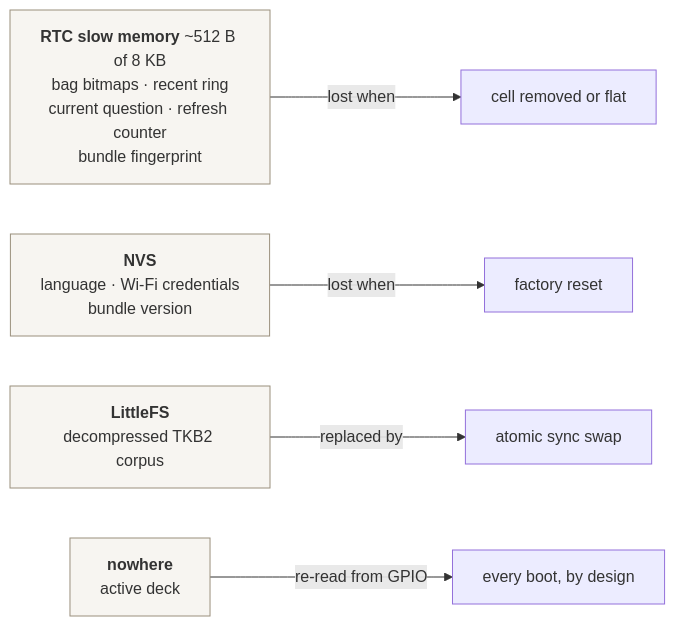
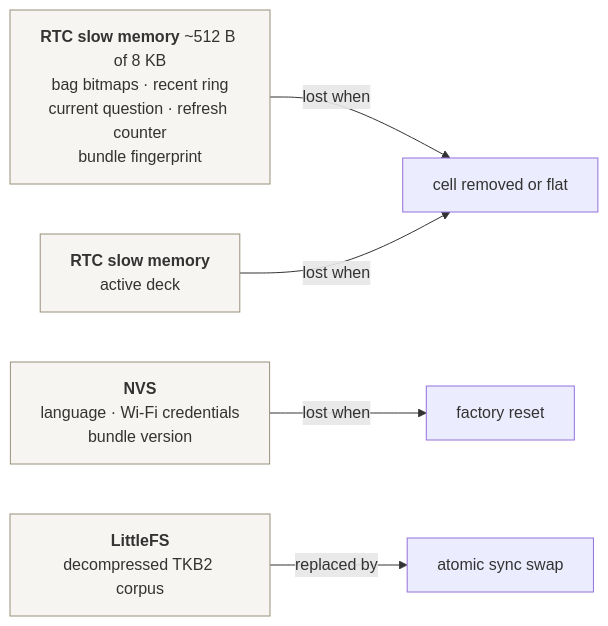
Before and after one commit to giacomomellone/cicala: the ninth of 12 diagrams in docs/firmware_architecture.md, drawn with Mermaid. The commit also changed other lines of this file and 26 other files, not shown here.

````diff
--- a/docs/firmware_architecture.md
+++ b/docs/firmware_architecture.md
@@ -505,22 +496,22 @@
 ```mermaid
 flowchart LR
     RTC["`**RTC slow memory** ~512 B of 8 KB
     bag bitmaps · recent ring
     current question · refresh counter
     bundle fingerprint`"]
     NVS["`**NVS**
     language · Wi-Fi credentials
     bundle version`"]
     LFS["`**LittleFS**
     decompressed TKB2 corpus`"]
-    NONE["`**nowhere**
+    ACT["`**RTC slow memory**
     active deck`"]
 
     RTC -- lost when --> B1[cell removed or flat]
     NVS -- lost when --> B2[factory reset]
     LFS -- replaced by --> B3[atomic sync swap]
-    NONE -- re-read from GPIO --> B4[every boot, by design]
+    ACT -- lost when --> B1
 
     classDef k fill:#f7f5f1,stroke:#9a8f7d
-    class RTC,NVS,LFS,NONE k
+    class RTC,NVS,LFS,ACT k
 ```
````
